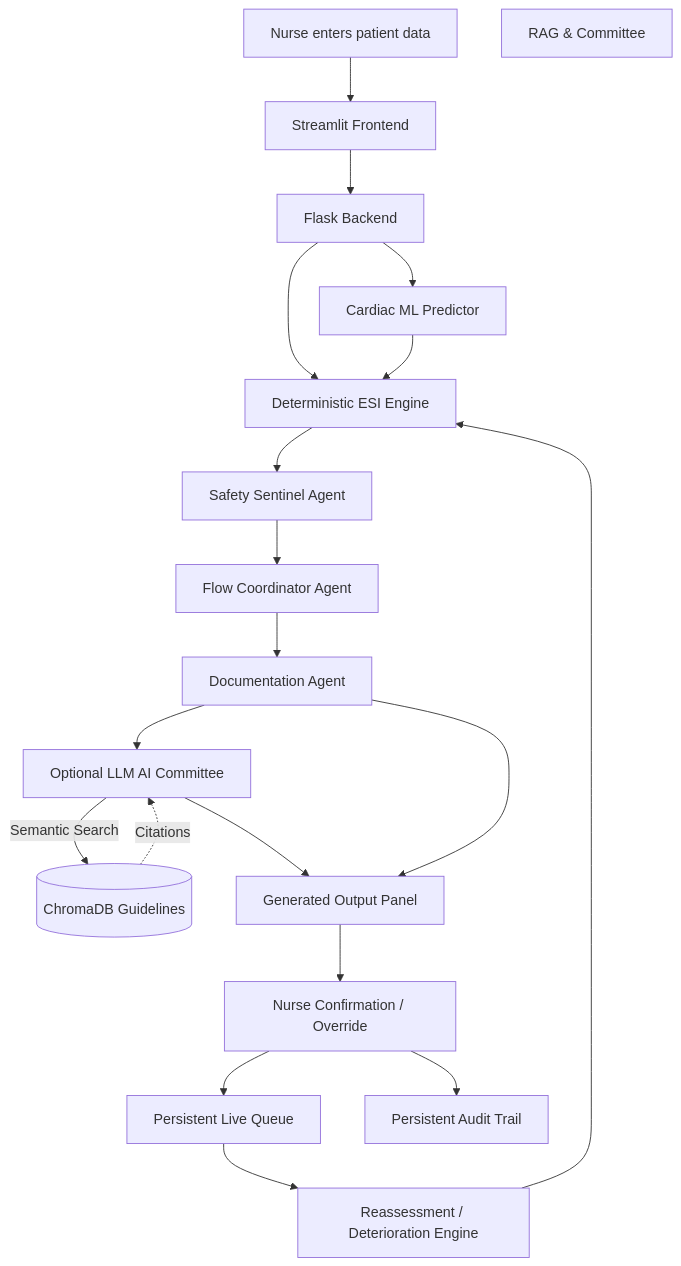
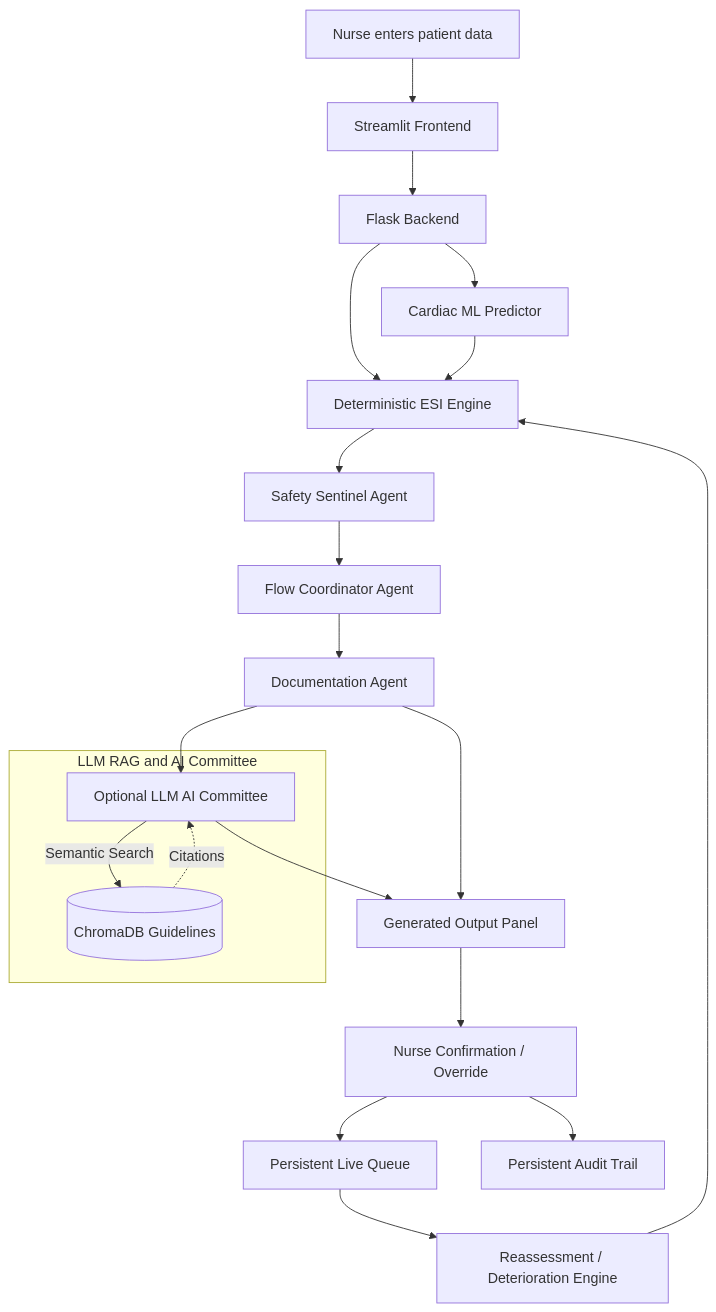
The first of 2 diagrams in README.md (draculess99/Triage-Assist-AI), drawn with Mermaid before and after one commit. The commit also changed other lines of this file, not shown here.

````diff
--- a/README.md
+++ b/README.md
@@ -214,24 +214,28 @@
 ```mermaid
 flowchart TD
     A[Nurse enters patient data] --> B[Streamlit Frontend]
     B --> C[Flask Backend]
     C --> D[Cardiac ML Predictor]
     C --> E[Deterministic ESI Engine]
     D --> E
     E --> F[Safety Sentinel Agent]
     F --> G[Flow Coordinator Agent]
     G --> H[Documentation Agent]
     
-    subscript_rag[RAG & Committee]
-    H --> AI[Optional LLM AI Committee]
-    AI -->|Semantic Search| RAG[(ChromaDB Guidelines)]
+    subgraph LLM RAG and AI Committee
+        AI[Optional LLM AI Committee]
+        RAG[(ChromaDB Guidelines)]
+    end
+    
+    H --> AI
+    AI -->|Semantic Search| RAG
     RAG -.->|Citations| AI
     
     AI --> I[Generated Output Panel]
     H --> I
     I --> J[Nurse Confirmation / Override]
     J --> K[Persistent Live Queue]
     J --> L[Persistent Audit Trail]
     K --> M[Reassessment / Deterioration Engine]
     M --> E
 ```
````
